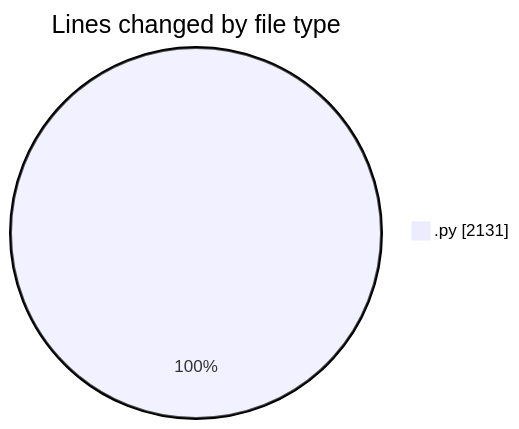
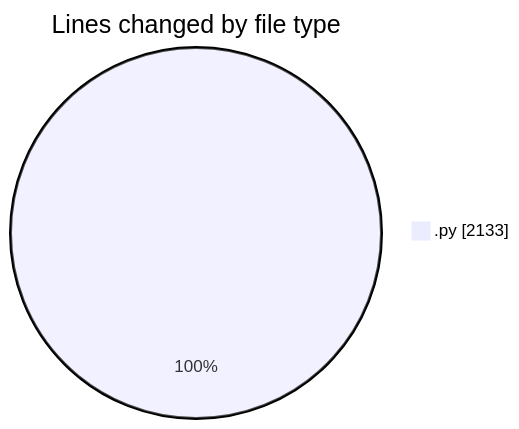
One commit to MatusMokan/code-tracking changed the first of 2 diagrams in 2025-04-19/myws__workspace_/README.md. Above: the diagram before and after it, drawn with Mermaid. The commit also changed other lines of this file and 1 other file, not shown here.

````diff
--- a/2025-04-19/myws__workspace_/README.md
+++ b/2025-04-19/myws__workspace_/README.md
@@ -24,5 +24,5 @@
 ```mermaid
 pie showData
 title Lines changed by file type
-".py" : 2131
+".py" : 2133
 ```
````
